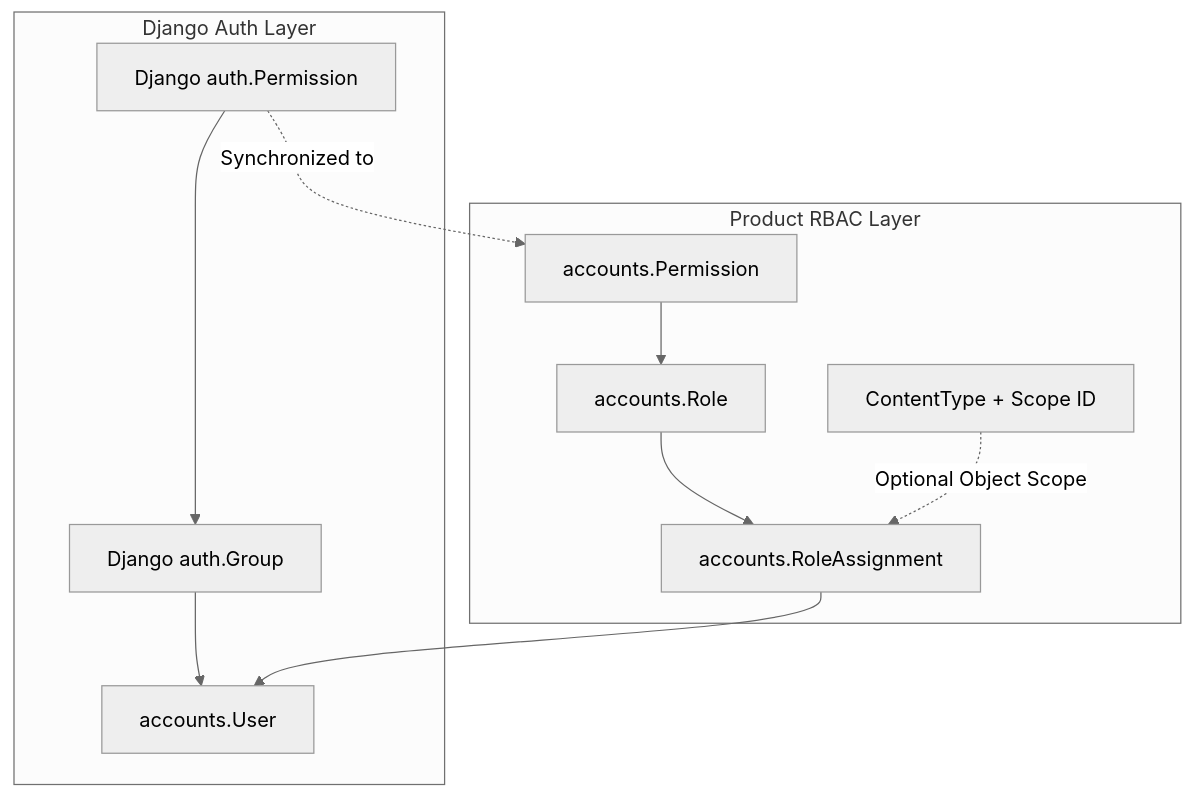
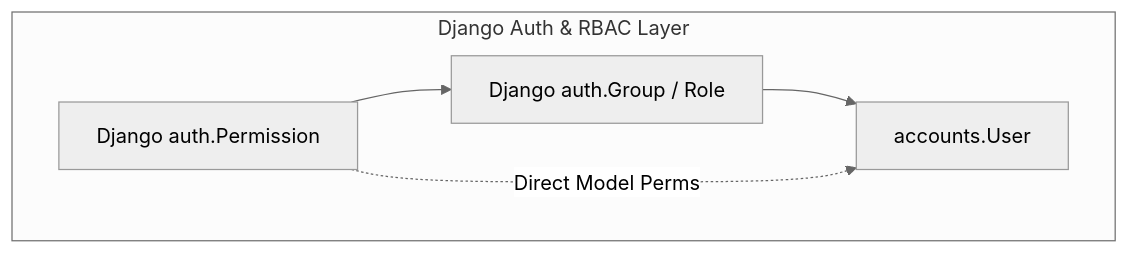
Before and after one commit to valueworkers/ohm-backend: the second of 3 diagrams in ohm_backend/ARCHITECTURE.md, drawn with Mermaid (neutral theme). The commit also changed other lines of this file and 20 other files, not shown here.

First line of the commit message:
Refactor user roles and permissions system to utilize Django Groups instead of custom Role and RoleAssignment models

````diff
--- a/ohm_backend/ARCHITECTURE.md
+++ b/ohm_backend/ARCHITECTURE.md
@@ -131,16 +131,8 @@
 ```mermaid
 flowchart TD
-    subgraph Django Auth Layer
-        AP[Django auth.Permission] --> AG[Django auth.Group]
+    subgraph Django Auth & RBAC Layer
+        AP[Django auth.Permission] --> AG[Django auth.Group / Role]
         AG --> U[accounts.User]
+        AP -.->|Direct Model Perms| U
     end
-
-    subgraph Product RBAC Layer
-        ACP[accounts.Permission] --> R[accounts.Role]
-        R --> RA[accounts.RoleAssignment]
-        RA --> U
-        CT[ContentType + Scope ID] -.->|Optional Object Scope| RA
-    end
-
-    AP -.->|Synchronized to| ACP
 ```
````
